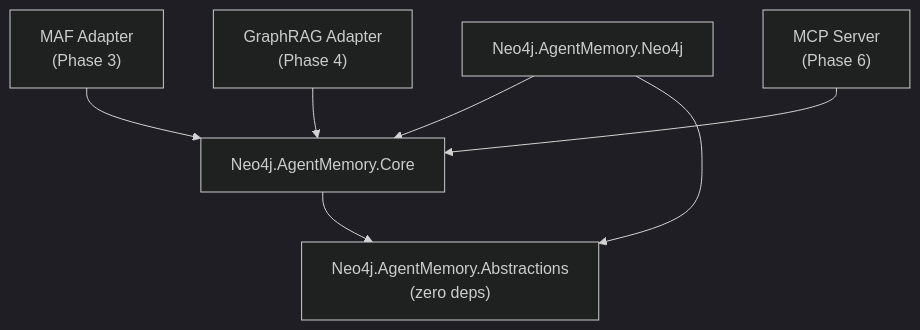
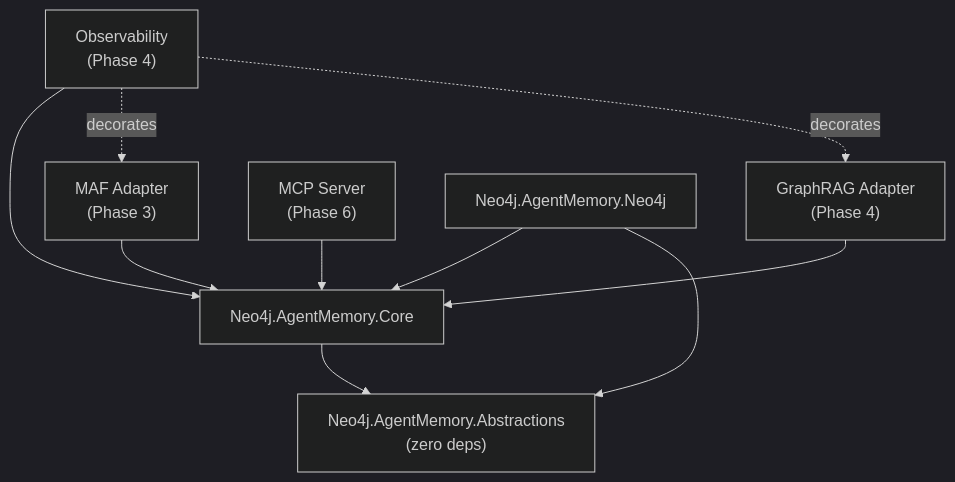
The first of 2 diagrams in docs/architecture.md (joslat/agent-memory-dotnet), drawn with Mermaid (dark theme) before and after one commit. The commit also changed other lines of this file and 7 other files, not shown here.

````diff
--- a/docs/architecture.md
+++ b/docs/architecture.md
@@ -94,10 +106,13 @@
 ```mermaid
 graph TD
     MAF["MAF Adapter<br/>(Phase 3)"] --> Core
     GRA["GraphRAG Adapter<br/>(Phase 4)"] --> Core
+    OBS["Observability<br/>(Phase 4)"] --> Core
     MCP["MCP Server<br/>(Phase 6)"] --> Core
     Neo4j["Neo4j.AgentMemory.Neo4j"] --> Core
     Neo4j --> Abs
     Core["Neo4j.AgentMemory.Core"] --> Abs
     Abs["Neo4j.AgentMemory.Abstractions<br/>(zero deps)"]
+    OBS -. decorates .-> MAF
+    OBS -. decorates .-> GRA
 ```
````
